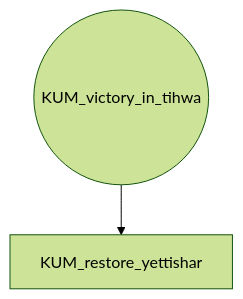
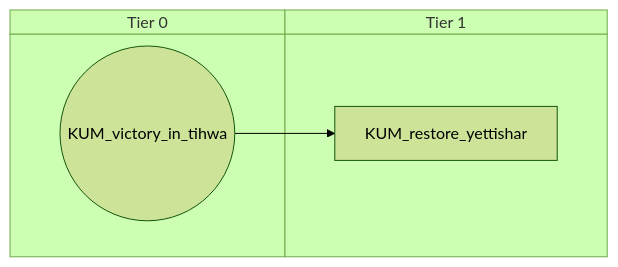
Before and after one commit to evgeny-sobol/hoi4-sandbox-mode-r56: the fourth of 6 diagrams in docs/gdd/National Focuses/china_warlord_sea.md, drawn with Mermaid (forest theme). The commit also changed other lines of this file and 423 other files, not shown here.

First line of the commit message:
Re-export Rt56 focus trees as swimlane diagrams

````diff
--- a/docs/gdd/National Focuses/china_warlord_sea.md
+++ b/docs/gdd/National Focuses/china_warlord_sea.md
@@ -156,6 +194,10 @@
 ```mermaid
-flowchart TD
-    n59["KUM_restore_yettishar"]
-    n60(("KUM_victory_in_tihwa"))
-    n60 --> n59
+swimlane-beta TD
+    subgraph tier_0["Tier 0"]
+        n59(("KUM_victory_in_tihwa"))
+    end
+    subgraph tier_1["Tier 1"]
+        n60["KUM_restore_yettishar"]
+    end
+    n59 --> n60
 ```
````
